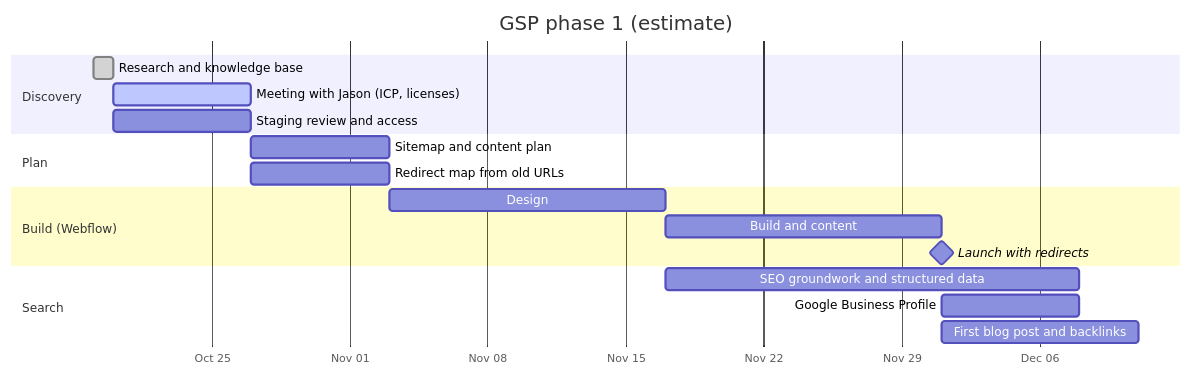
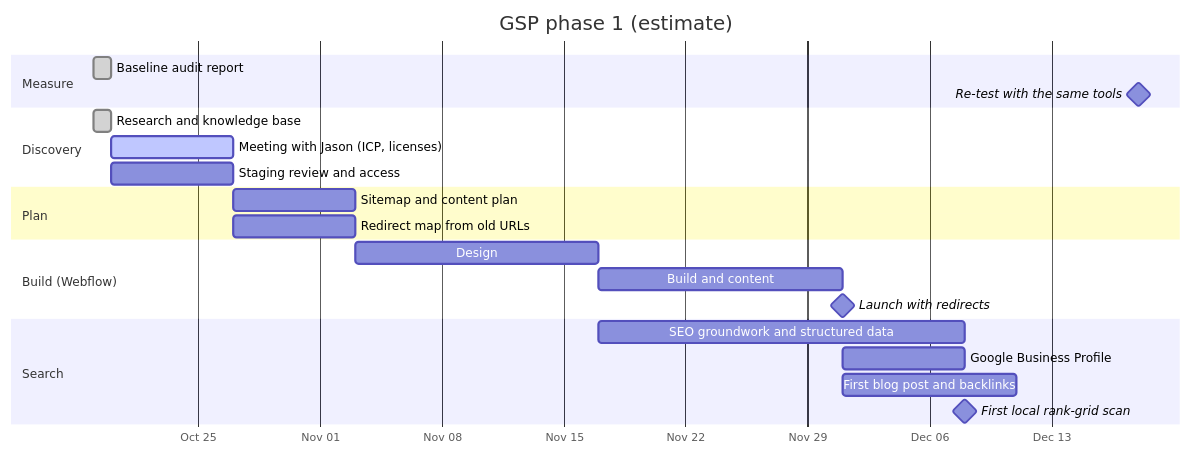
Before and after one commit to work-week/GSP: the diagram in project/status.md, drawn with Mermaid. The commit also changed other lines of this file and 24 other files, not shown here.

First line of the commit message:
Add baseline audit report, WAVE/Semrush detail and spam-backlink decision

````diff
--- a/project/status.md
+++ b/project/status.md
@@ -11,21 +11,25 @@
 ```mermaid
 gantt
     title GSP phase 1 (estimate)
     dateFormat YYYY-MM-DD
     axisFormat %b %d
+    section Measure
+    Baseline audit report             :done,    m1, 2026-10-19, 1d
+    Re-test with the same tools       :milestone, m2, 2026-12-18, 0d
     section Discovery
     Research and knowledge base       :done,    d1, 2026-10-19, 1d
     Meeting with Jason (ICP, licenses):active,  d2, 2026-10-20, 7d
     Staging review and access         :         d3, 2026-10-20, 7d
     section Plan
     Sitemap and content plan          :         p1, after d2, 7d
     Redirect map from old URLs        :         p2, after d2, 7d
     section Build (Webflow)
     Design                            :         b1, after p1, 14d
     Build and content                 :         b2, after b1, 14d
     Launch with redirects             :milestone, b3, after b2, 0d
     section Search
     SEO groundwork and structured data:         s1, after b1, 21d
     Google Business Profile           :         s2, after b3, 7d
     First blog post and backlinks     :         s3, after b3, 10d
+    First local rank-grid scan        :milestone, s4, after s2, 0d
 ```
````
